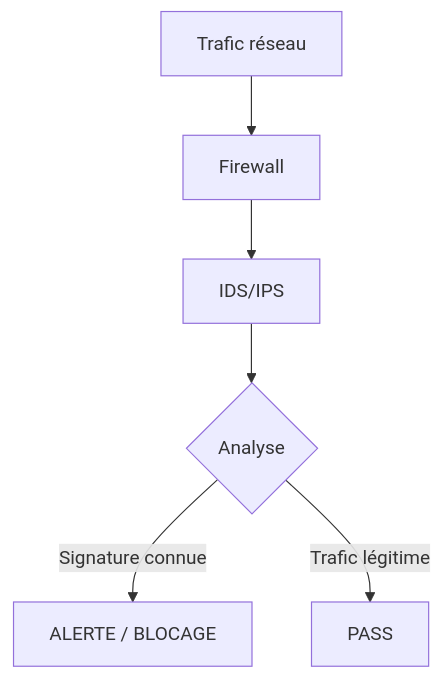
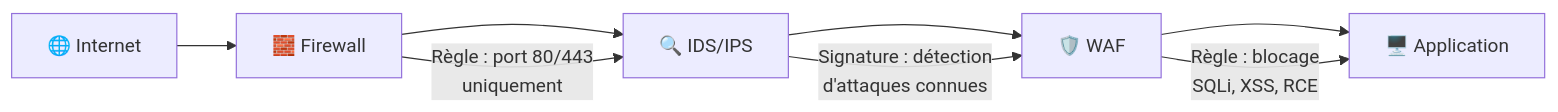
The second of 3 diagrams in JOUR-03.md (yugmerabtene/techniques-de-hacking-niveau-1), drawn with Mermaid before and after one commit. The commit also changed other lines of this file and 18 other files, not shown here.

````diff
--- a/JOUR-03.md
+++ b/JOUR-03.md
@@ -166,8 +231,11 @@
 ```mermaid
-flowchart TB
-    A[Trafic réseau] --> B[Firewall]
-    B --> C[IDS/IPS]
-    C --> D{Analyse}
-    D -->|Signature connue| E[ALERTE / BLOCAGE]
-    D -->|Trafic légitime| F[PASS]
+flowchart LR
+    A["🌐 Internet"] --> B["🧱 Firewall"]
+    B --> C["🔍 IDS/IPS"]
+    C --> D["🛡️ WAF"]
+    D --> E["🖥️ Application"]
+    
+    B -- "Règle : port 80/443<br/>uniquement" --> C
+    C -- "Signature : détection<br/>d'attaques connues" --> D
+    D -- "Règle : blocage<br/>SQLi, XSS, RCE" --> E
 ```
````
